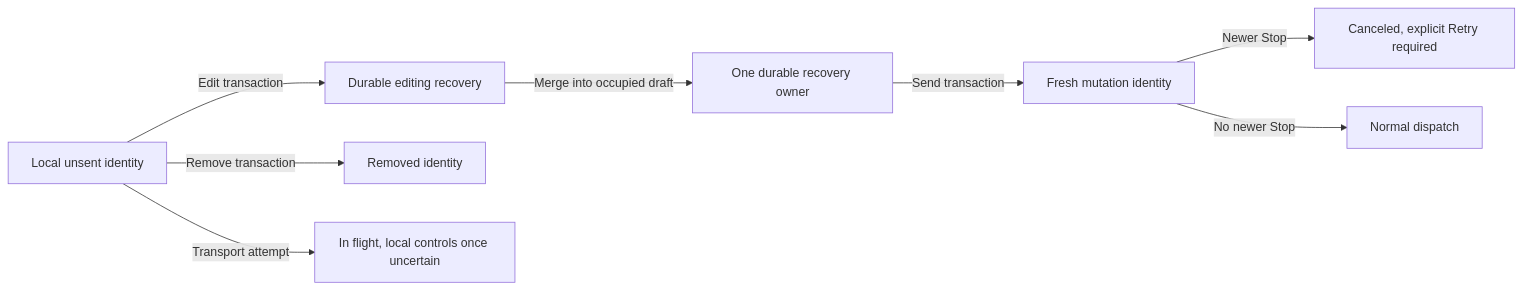
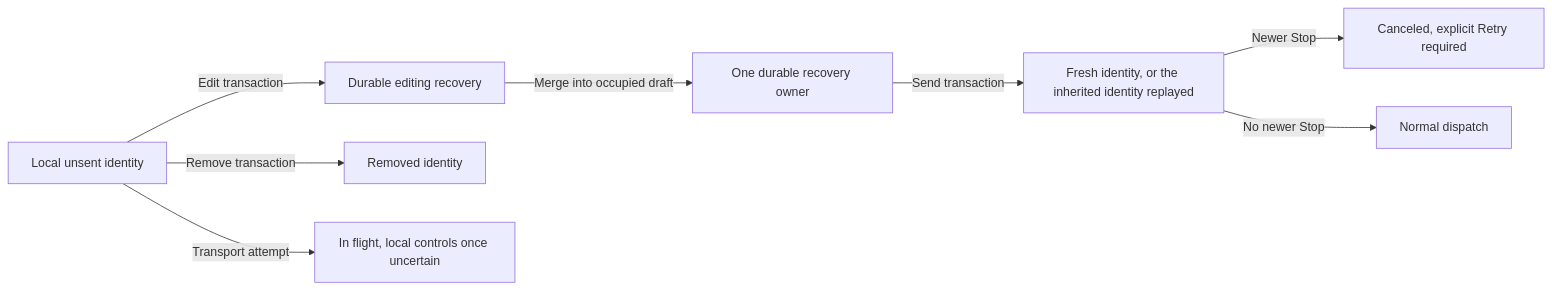
One commit to prime-radiant-inc/evener changed the first of 3 diagrams in docs/product/message-recovery.md. Above: the diagram before and after it, drawn with Mermaid. The commit also changed other lines of this file and 13 other files, not shown here.

````diff
--- a/docs/product/message-recovery.md
+++ b/docs/product/message-recovery.md
@@ -30,10 +43,10 @@
 ```mermaid
 flowchart LR
   Local[Local unsent identity] -->|Edit transaction| Recovery[Durable editing recovery]
   Local -->|Remove transaction| Removed[Removed identity]
   Local -->|Transport attempt| Flight[In flight, local controls once uncertain]
   Recovery -->|Merge into occupied draft| Owner[One durable recovery owner]
-  Owner -->|Send transaction| Fresh[Fresh mutation identity]
+  Owner -->|Send transaction| Fresh[Fresh identity, or the inherited identity replayed]
   Fresh -->|Newer Stop| Held[Canceled, explicit Retry required]
   Fresh -->|No newer Stop| Dispatch[Normal dispatch]
 ```
````
